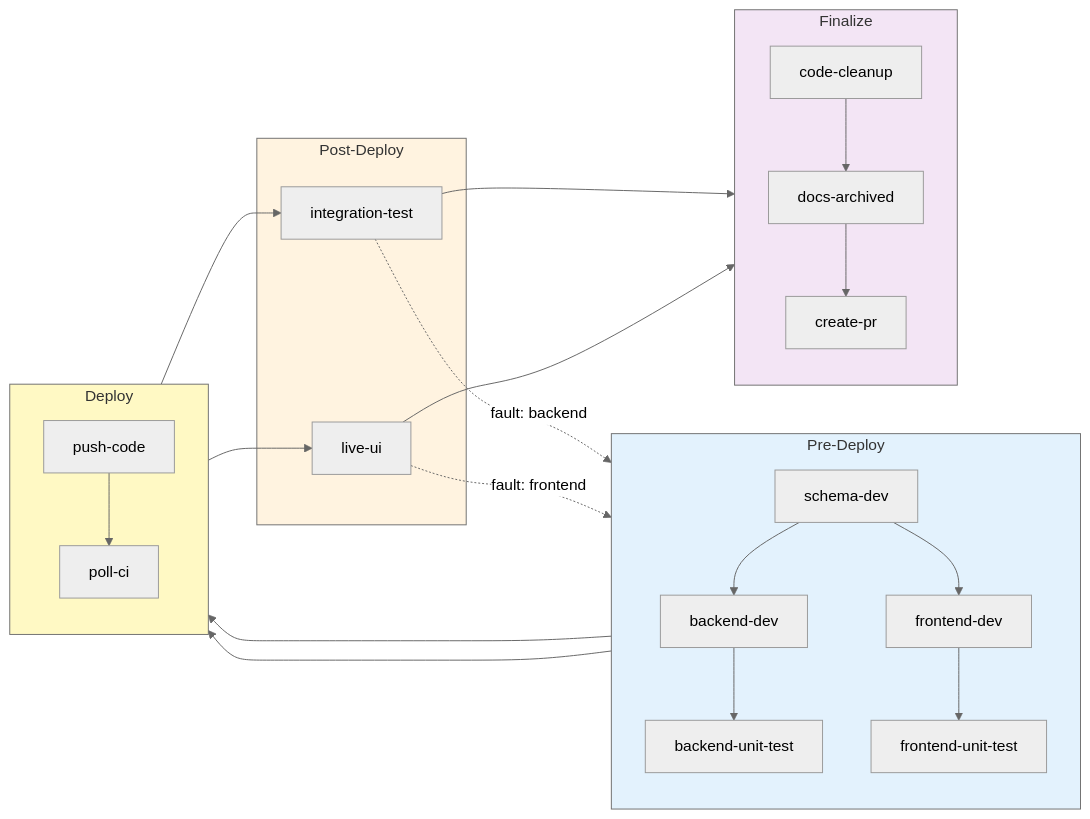
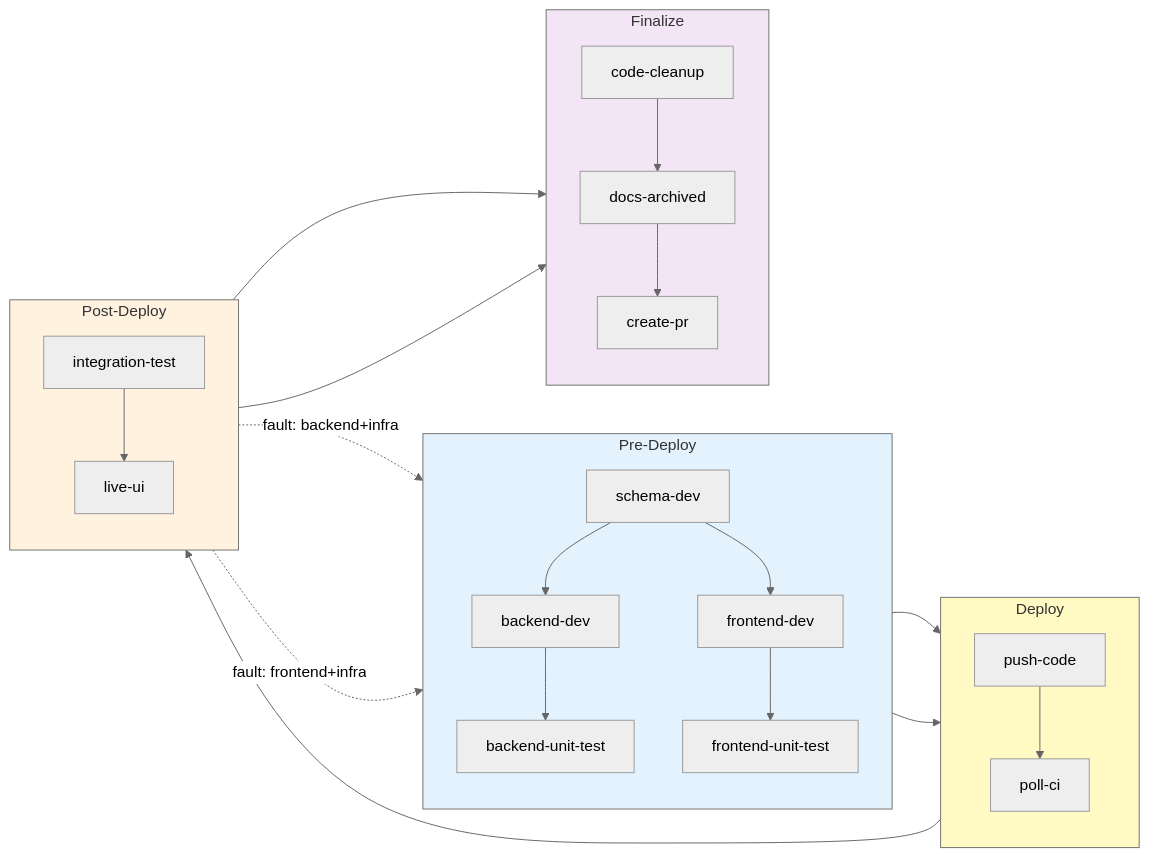
One commit to RomanKaliupinMelonusa/DAGent-t changed the second of 2 diagrams in BLOG.md. Above: the diagram before and after it, drawn with Mermaid (neutral theme). The commit also changed other lines of this file and 18 other files, not shown here.

````diff
--- a/BLOG.md
+++ b/BLOG.md
@@ -131,37 +131,37 @@
 ```mermaid
 flowchart LR
     subgraph PRE["Pre-Deploy"]
         direction TB
         SD["schema-dev"] --> BD["backend-dev"]
         SD --> FD["frontend-dev"]
         BD --> BUT["backend-unit-test"]
         FD --> FUT["frontend-unit-test"]
     end
 
     subgraph DEP["Deploy"]
         direction TB
         PC["push-code"] --> PCI["poll-ci"]
     end
 
     subgraph POST["Post-Deploy"]
-        IT["integration-test"]
-        LU["live-ui"]
+        direction TB
+        IT["integration-test"] --> LU["live-ui"]
     end
 
     subgraph FIN["Finalize"]
         direction TB
         CC["code-cleanup"] --> DA["docs-archived"] --> PR["create-pr"]
     end
 
     BUT & FUT --> PC
-    PCI --> IT & LU
+    PCI --> IT
     IT & LU --> CC
 
-    IT -.->|"fault: backend"| BD
-    LU -.->|"fault: frontend"| FD
+    IT -.->|"fault: backend+infra"| BD
+    LU -.->|"fault: frontend+infra"| FD
 
     style PRE fill:#e3f2fd
     style DEP fill:#fff9c4
     style POST fill:#fff3e0
     style FIN fill:#f3e5f5
 ```
````
